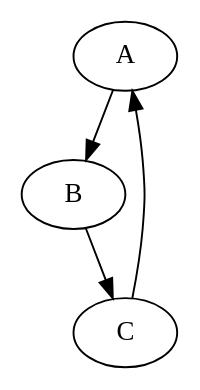
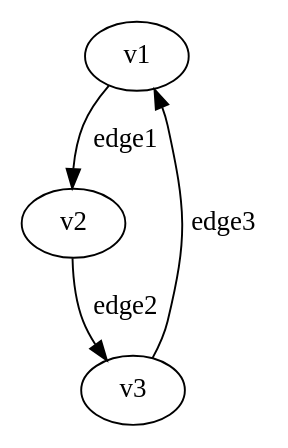
One commit to AdaMartin18010/GraphNetWorkCommunicate changed the first of 2 diagrams in docs/01-图论基础/00-图论元模型.md. Above: the diagram before and after it, drawn with Graphviz. The commit also changed other lines of this file and 7 other files, not shown here.

````diff
--- a/docs/01-图论基础/00-图论元模型.md
+++ b/docs/01-图论基础/00-图论元模型.md
@@ -45,7 +286,10 @@
-    ```dot
-    digraph G {
-      A -> B;
-      B -> C;
-      C -> A;
-    }
-    ```
+```dot
+digraph G {
+  A -> B [label="edge1"];
+  B -> C [label="edge2"];
+  C -> A [label="edge3"];
+  A [label="v1"];
+  B [label="v2"];
+  C [label="v3"];
+}
+```
````
